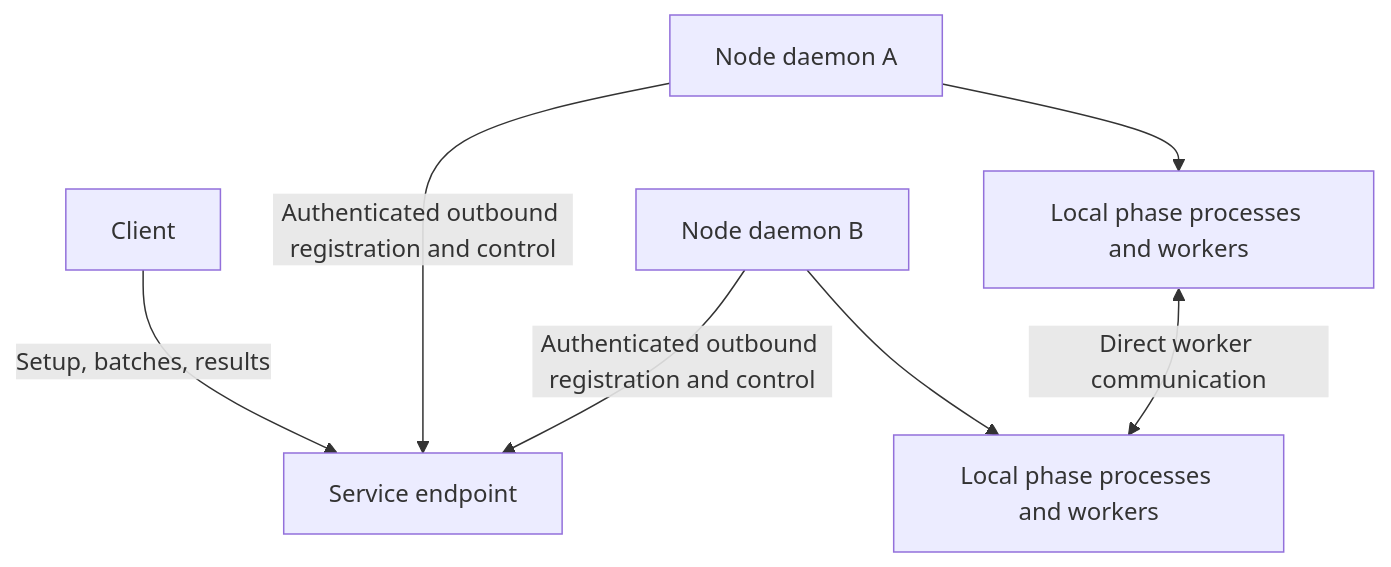
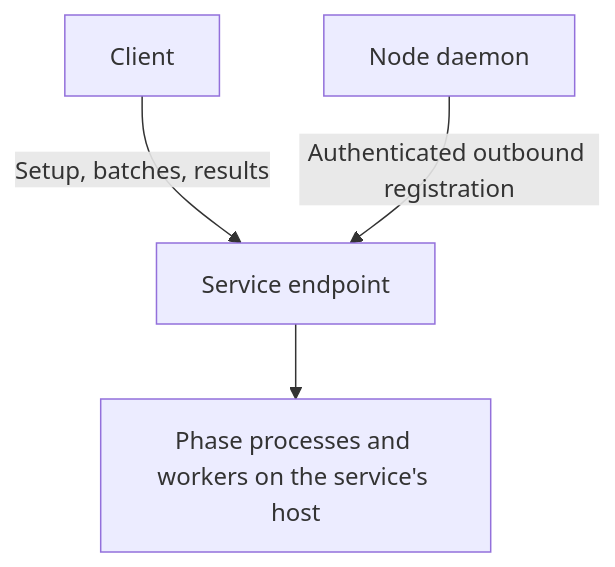
The diagram in docs/architecture/service/README.md (als244/shadowspill), drawn with Mermaid before and after one commit. The commit also changed other lines of this file and 53 other files, not shown here.

First line of the commit message:
Apply the documentation audit to the architecture, C and development pages

````diff
--- a/docs/architecture/service/README.md
+++ b/docs/architecture/service/README.md
@@ -12,9 +13,6 @@
 ```mermaid
 flowchart TB
     C[Client] -->|Setup, batches, results| S[Service endpoint]
-    A[Node daemon A] -->|Authenticated outbound registration and control| S
-    B[Node daemon B] -->|Authenticated outbound registration and control| S
-    A --> WA[Local phase processes and workers]
-    B --> WB[Local phase processes and workers]
-    WA <-->|Direct worker communication| WB
+    S --> W[Phase processes and workers on the service's host]
+    A[Node daemon] -->|Authenticated outbound registration| S
 ```
````
